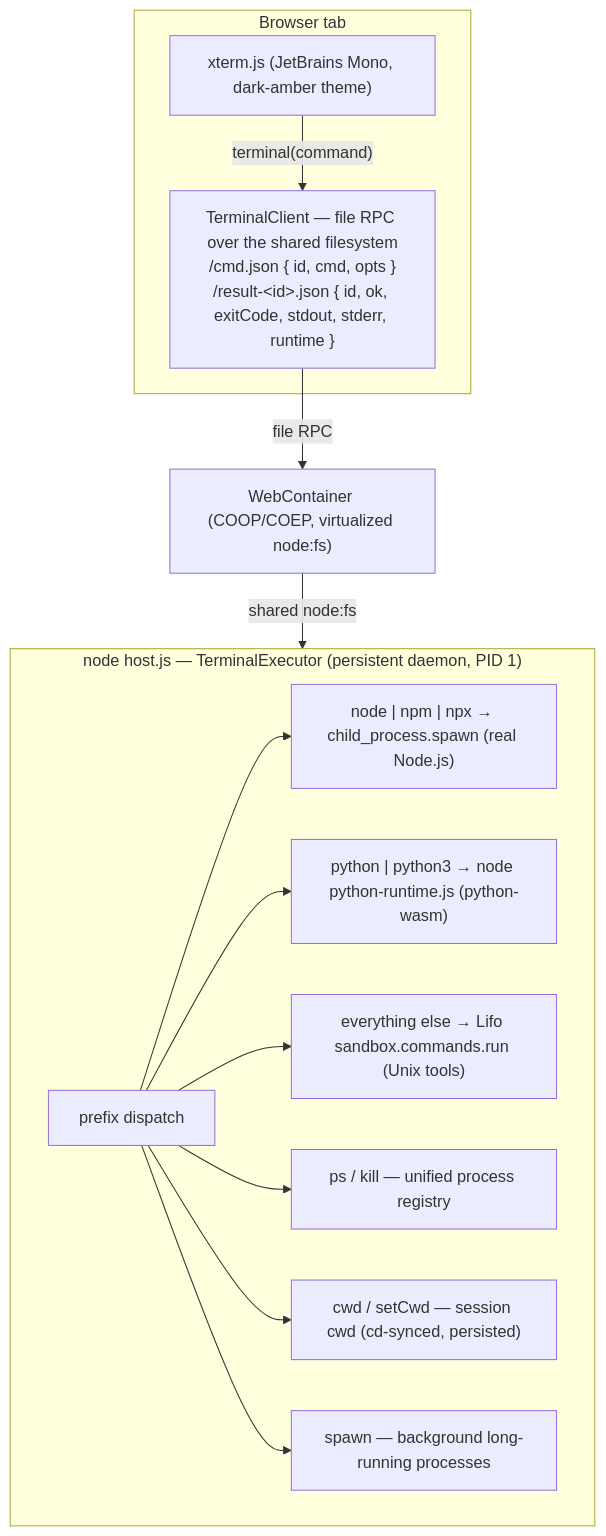
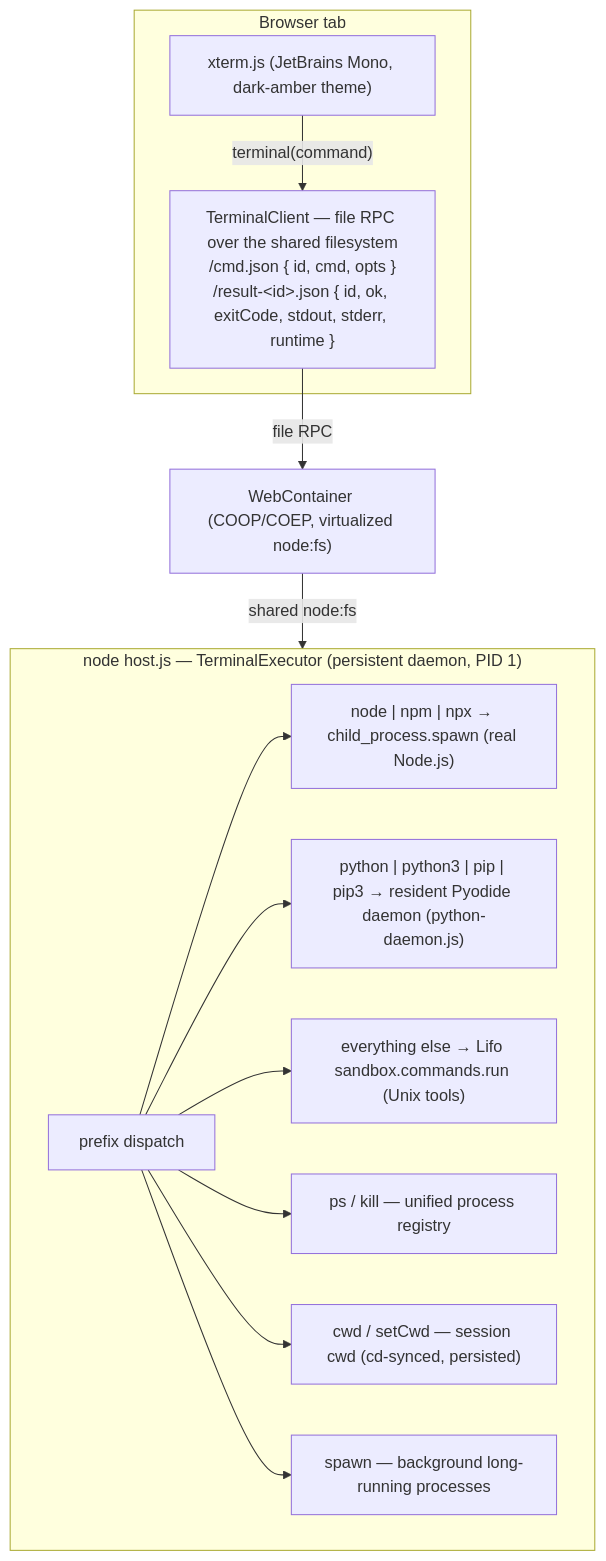
The diagram in README.md (CJackHwang/Succinix), drawn with Mermaid before and after one commit. The commit also changed other lines of this file and 21 other files, not shown here.

First line of the commit message:
feat: TASK27 内置 Python 换 Pyodide — pip/第三方包支持（python-wasm → Pyodide 314.0.4）

````diff
--- a/README.md
+++ b/README.md
@@ -41,30 +41,30 @@
 ```mermaid
 flowchart TD
     subgraph Browser["Browser tab"]
         XT["xterm.js (JetBrains Mono, dark-amber theme)"]
         TC["TerminalClient — file RPC over the shared filesystem<br/>/cmd.json { id, cmd, opts }<br/>/result-&lt;id&gt;.json { id, ok, exitCode, stdout, stderr, runtime }"]
         XT -- "terminal(command)" --> TC
     end
 
     WC["WebContainer (COOP/COEP, virtualized node:fs)"]
 
     subgraph Host["node host.js — TerminalExecutor (persistent daemon, PID 1)"]
         RT["prefix dispatch"]
         NODE["node | npm | npx → child_process.spawn (real Node.js)"]
-        PY["python | python3 → node python-runtime.js (python-wasm)"]
+        PY["python | python3 | pip | pip3 → resident Pyodide daemon (python-daemon.js)"]
         LIFO["everything else → Lifo sandbox.commands.run (Unix tools)"]
         PS["ps / kill — unified process registry"]
         CWD["cwd / setCwd — session cwd (cd-synced, persisted)"]
         SP["spawn — background long-running processes"]
     end
 
     TC -- "file RPC" --> WC
     WC -- "shared node:fs" --> Host
 
     RT --> NODE
     RT --> PY
     RT --> LIFO
     RT --> PS
     RT --> CWD
     RT --> SP
 ```
````
